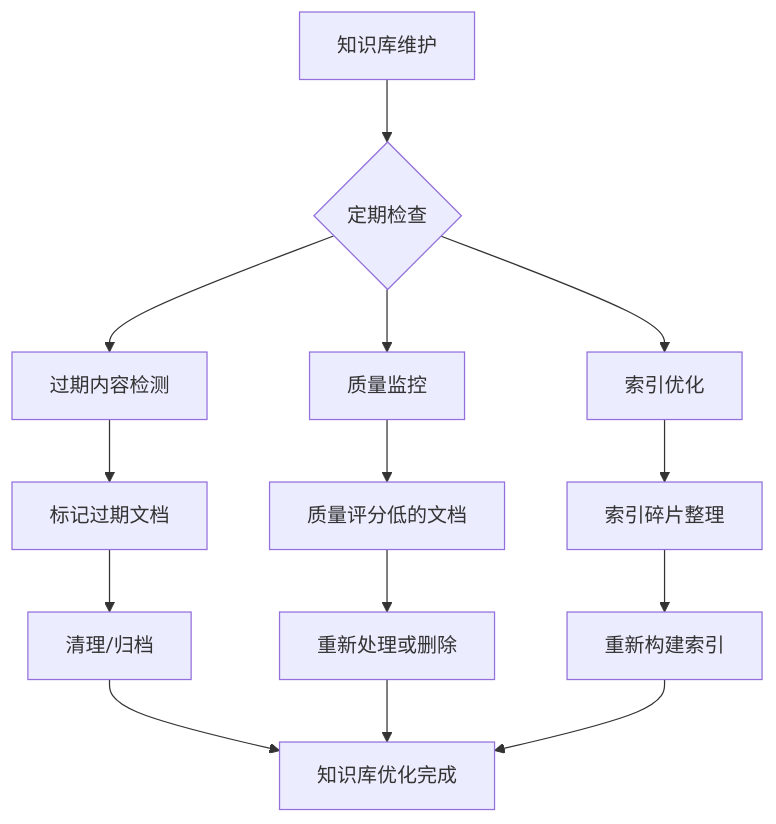
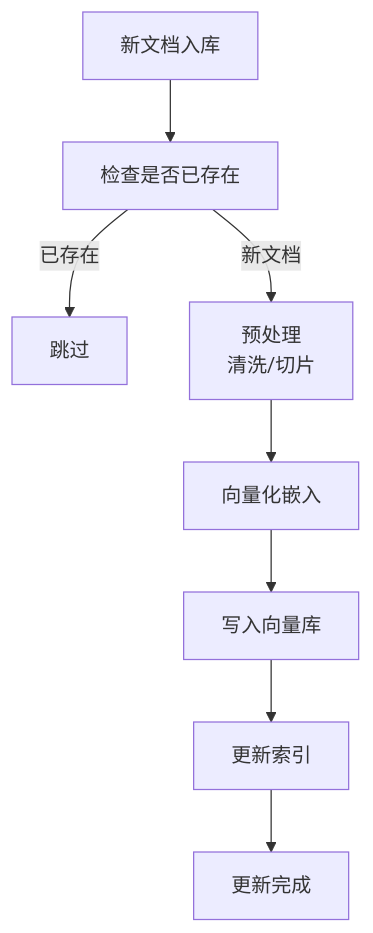
The fourth of 5 diagrams in agent/4RAG 检索增强生成/2RAG工作流程详解.md (mansteinr/note-book), drawn with Mermaid before and after one commit. The commit also changed other lines of this file and 1 other file, not shown here.

````diff
--- a/agent/4RAG 检索增强生成/2RAG工作流程详解.md
+++ b/agent/4RAG 检索增强生成/2RAG工作流程详解.md
@@ -804,18 +459,10 @@
 ```mermaid
 flowchart TD
-    A[知识库维护] --> B{定期检查}
-    B --> C[过期内容检测]
-    B --> D[质量监控]
-    B --> E[索引优化]
-    
-    C --> F[标记过期文档]
-    F --> G[清理/归档]
-    
-    D --> H[质量评分低的文档]
-    H --> I[重新处理或删除]
-    
-    E --> J[索引碎片整理]
-    J --> K[重新构建索引]
-    
-    G & I & K --> L[知识库优化完成]
+    A[新文档入库] --> B[检查是否已存在]
+    B -->|已存在| C[跳过]
+    B -->|新文档| D[预处理<br/>清洗/切片]
+    D --> E[向量化嵌入]
+    E --> F[写入向量库]
+    F --> G[更新索引]
+    G --> H[更新完成]
 ```
````
